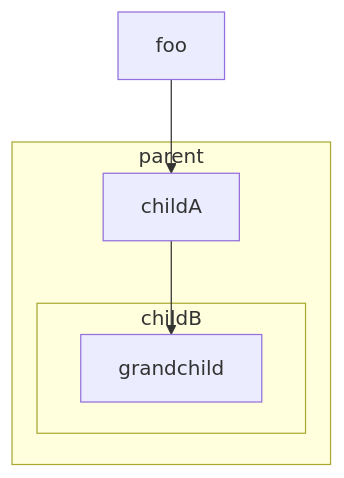
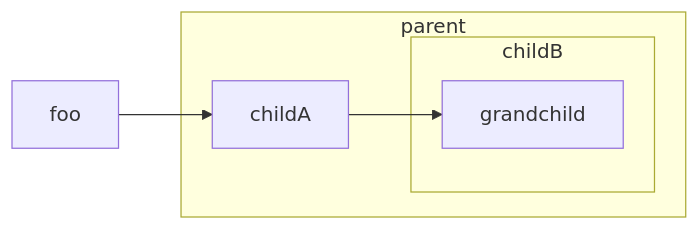
One commit to terrastruct/text-to-diagram-site changed the diagram in src/examples/1_containers/syntax/mermaid.mmd. Above: the diagram before and after it, drawn with Mermaid. The commit also changed 1 other file, not shown here.

```diff
--- a/src/examples/1_containers/syntax/mermaid.mmd
+++ b/src/examples/1_containers/syntax/mermaid.mmd
@@ -1,8 +1,8 @@
-graph TD
+flowchart LR
     subgraph parent
       subgraph childB
         grandchild
       end
       childA --> grandchild
     end
     foo --> childA
```
